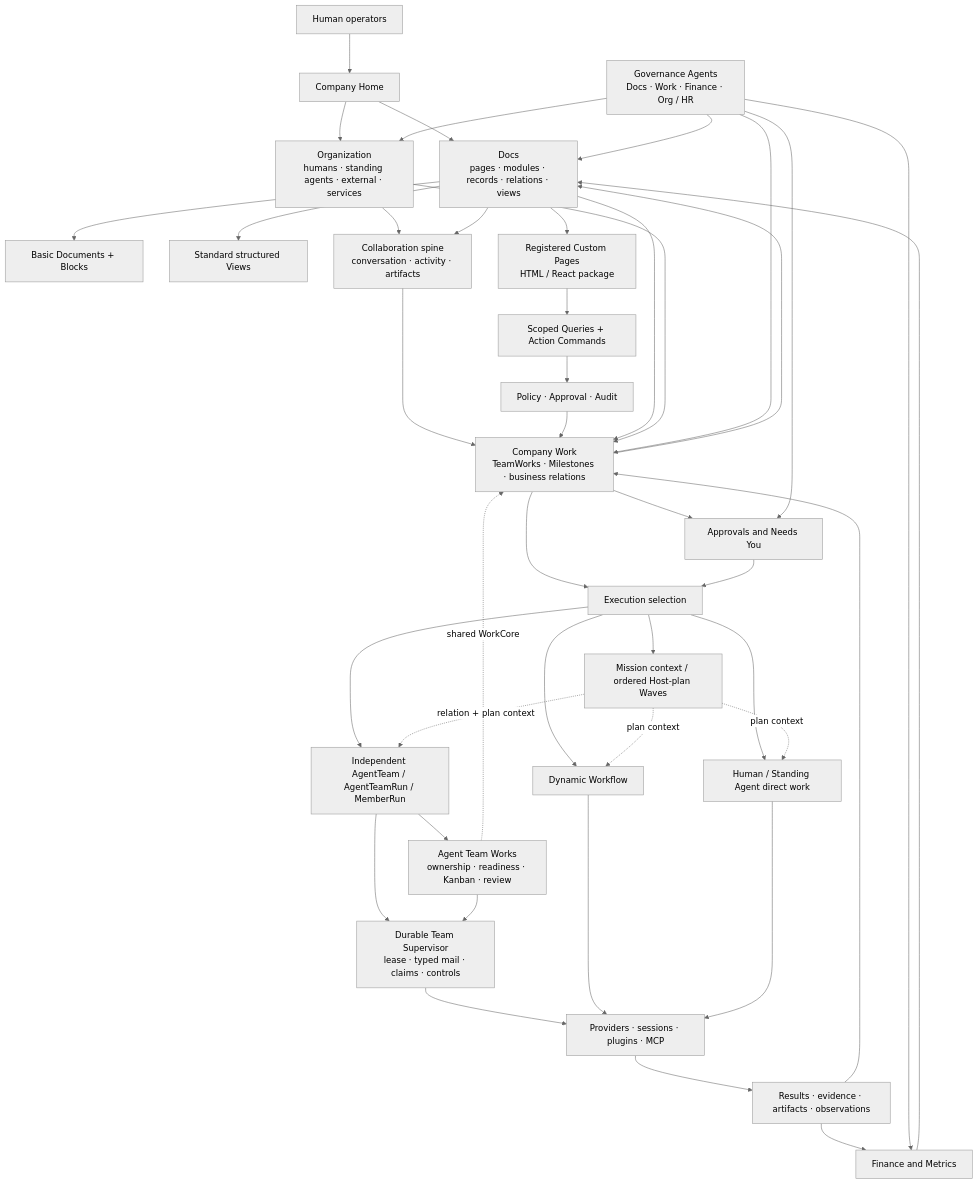
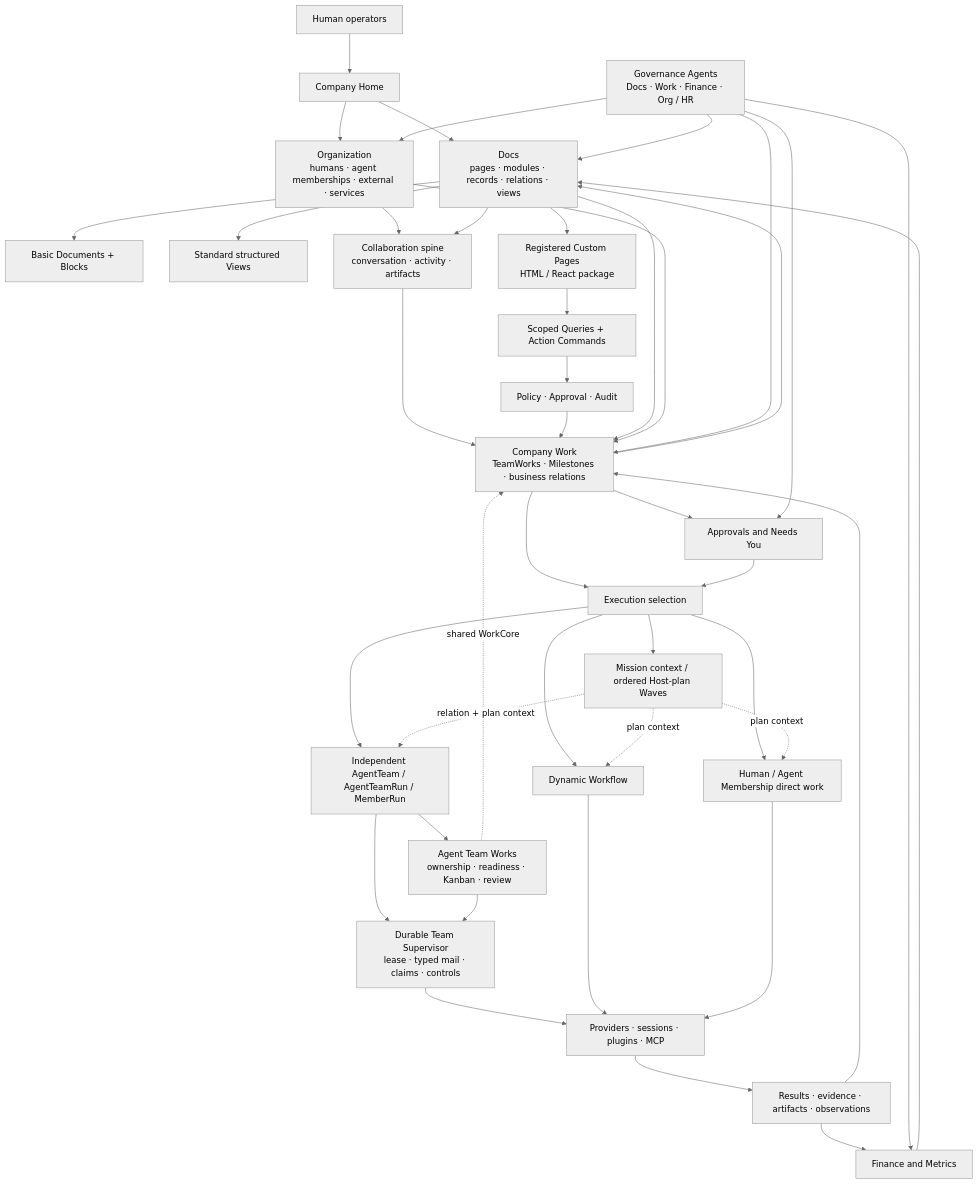
Before and after one commit to cyl19970726/multi-agent-harness: the diagram in docs/current/architecture/architecture-map.md, drawn with Mermaid (neutral theme). The commit also changed 120 other files, not shown here.

````diff
--- a/docs/current/architecture/architecture-map.md
+++ b/docs/current/architecture/architecture-map.md
@@ -8,68 +8,68 @@
 ```mermaid
 flowchart TB
   Human["Human operators"]
   Home["Company Home"]
   Docs["Docs\npages · modules · records · relations · views"]
   Blocks["Basic Documents + Blocks"]
   Views["Standard structured Views"]
   Custom["Registered Custom Pages\nHTML / React package"]
   Actions["Scoped Queries + Action Commands"]
   Policy["Policy · Approval · Audit"]
-  Org["Organization\nhumans · standing agents · external · services"]
+  Org["Organization\nhumans · agent memberships · external · services"]
   Collab["Collaboration spine\nconversation · activity · artifacts"]
   TeamWork["Agent Team Works\nownership · readiness · Kanban · review"]
   Work["Company Work\nTeamWorks · Milestones · business relations"]
   Approval["Approvals and Needs You"]
   Gov["Governance Agents\nDocs · Work · Finance · Org / HR"]
   Finance["Finance and Metrics"]
   Exec["Execution selection"]
   Mission["Mission context / ordered Host-plan Waves"]
   Team["Independent AgentTeam / AgentTeamRun / MemberRun"]
   Supervisor["Durable Team Supervisor\nlease · typed mail · claims · controls"]
   Workflow["Dynamic Workflow"]
-  Direct["Human / Standing Agent direct work"]
+  Direct["Human / Agent Membership direct work"]
   Runtime["Providers · sessions · plugins · MCP"]
   Result["Results · evidence · artifacts · observations"]
 
   Human --> Home
   Home --> Docs
   Home --> Org
   Org --> Collab
   Docs --> Collab
   Collab --> Work
   Docs --> Blocks
   Docs --> Views
   Docs --> Custom
   Custom --> Actions
   Actions --> Policy
   Policy --> Work
   Docs --> Work
   Org --> Work
   Work --> Approval
   Work --> Exec
   Approval --> Exec
   Exec --> Mission
   Exec --> Team
   Exec --> Workflow
   Exec --> Direct
   Mission -.->|relation + plan context| Team
   Mission -.->|plan context| Workflow
   Mission -.->|plan context| Direct
   Team --> Supervisor
   Team --> TeamWork
   TeamWork --> Supervisor
   TeamWork -.->|shared WorkCore| Work
   Supervisor --> Runtime
   Workflow --> Runtime
   Direct --> Runtime
   Runtime --> Result
   Result --> Work
   Work --> Docs
   Result --> Finance
   Finance --> Docs
   Gov --> Docs
   Gov --> Org
   Gov --> Work
   Gov --> Finance
   Gov --> Approval
 ```
````
